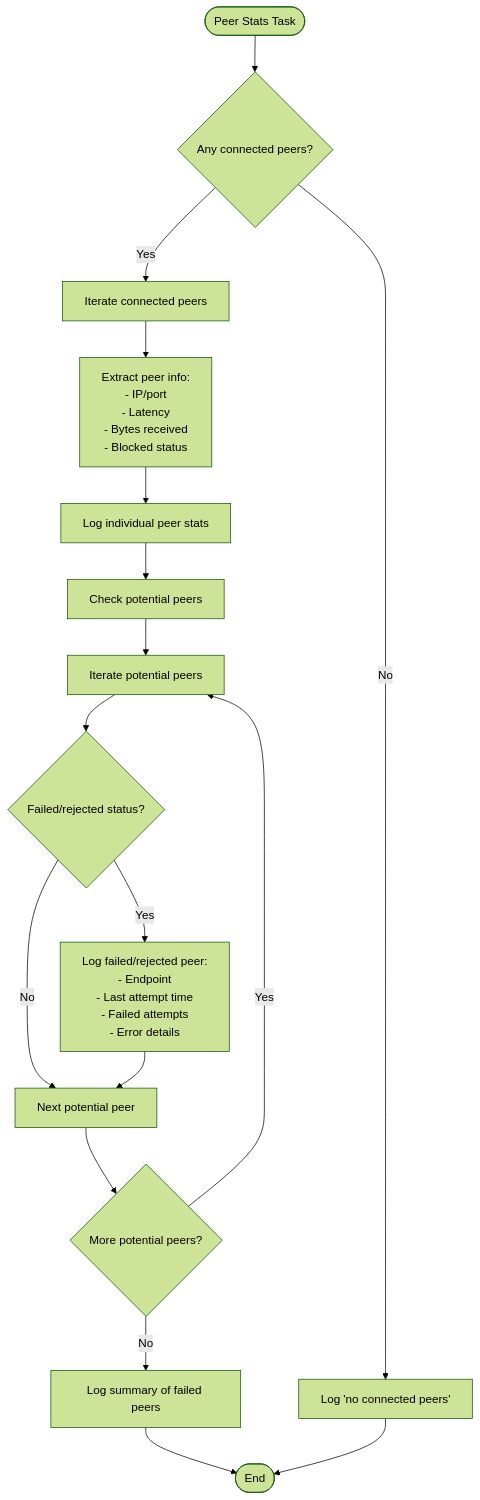
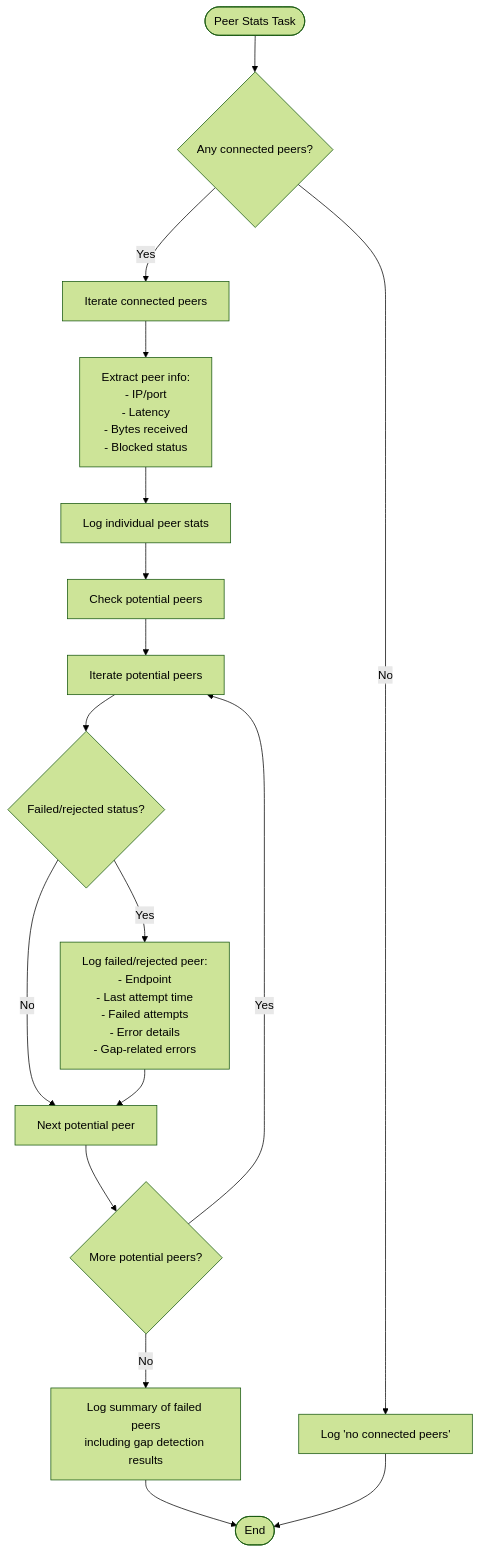
Diagram 18 of 32 in .qoder/repowiki/en/content/P2p Plugin.md (VIZ-Blockchain/viz-cpp-node), drawn with Mermaid (forest theme) before and after one commit. The commit also changed other lines of this file and 5 other files, not shown here.

First line of the commit message:
feat(dlt_block_log): add reset method and automatic gap recovery system

````diff
--- a/.qoder/repowiki/en/content/P2p Plugin.md
+++ b/.qoder/repowiki/en/content/P2p Plugin.md
@@ -509,19 +741,19 @@
 ```mermaid
 flowchart TD
 Start([Peer Stats Task]) --> CheckPeers{"Any connected peers?"}
 CheckPeers --> |No| LogNoPeers["Log 'no connected peers'"]
 CheckPeers --> |Yes| IteratePeers["Iterate connected peers"]
 IteratePeers --> ExtractInfo["Extract peer info:<br/>- IP/port<br/>- Latency<br/>- Bytes received<br/>- Blocked status"]
 ExtractInfo --> LogPeer["Log individual peer stats"]
 LogPeer --> CheckPotential["Check potential peers"]
 CheckPotential --> IteratePotential["Iterate potential peers"]
 IteratePotential --> CheckStatus{"Failed/rejected status?"}
 CheckStatus --> |No| NextPeer["Next potential peer"]
-CheckStatus --> |Yes| LogPotential["Log failed/rejected peer:<br/>- Endpoint<br/>- Last attempt time<br/>- Failed attempts<br/>- Error details"]
+CheckStatus --> |Yes| LogPotential["Log failed/rejected peer:<br/>- Endpoint<br/>- Last attempt time<br/>- Failed attempts<br/>- Error details<br/>- Gap-related errors"]
 LogPotential --> NextPeer
 NextPeer --> CheckMore{"More potential peers?"}
 CheckMore --> |Yes| IteratePotential
-CheckMore --> |No| LogSummary["Log summary of failed peers"]
+CheckMore --> |No| LogSummary["Log summary of failed peers<br/>including gap detection results"]
 LogSummary --> End([End])
 LogNoPeers --> End
 ```
````
